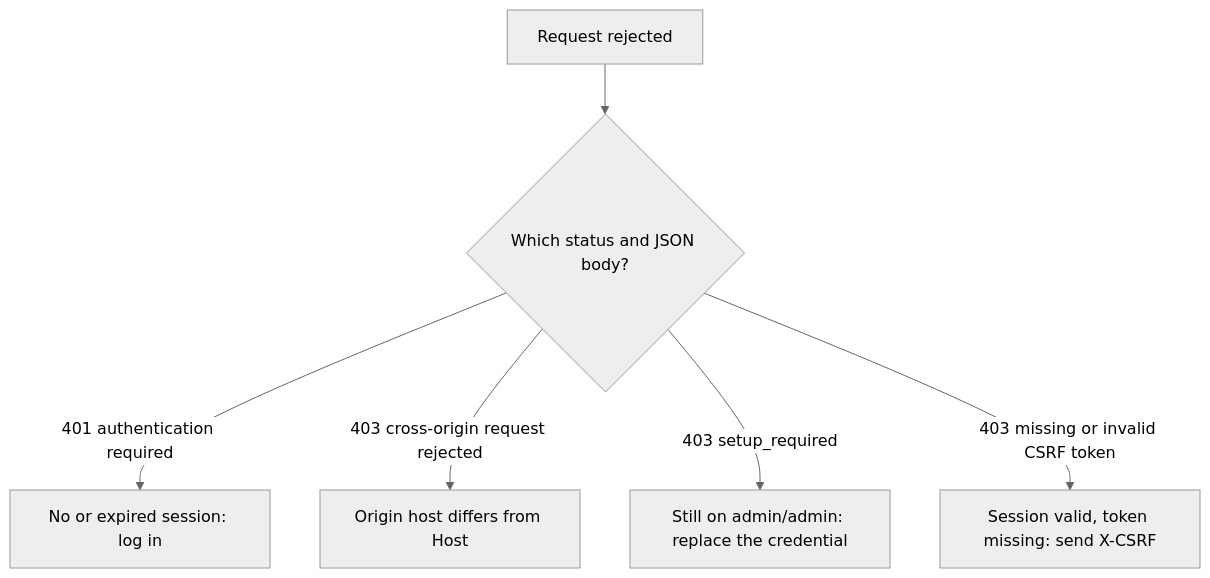
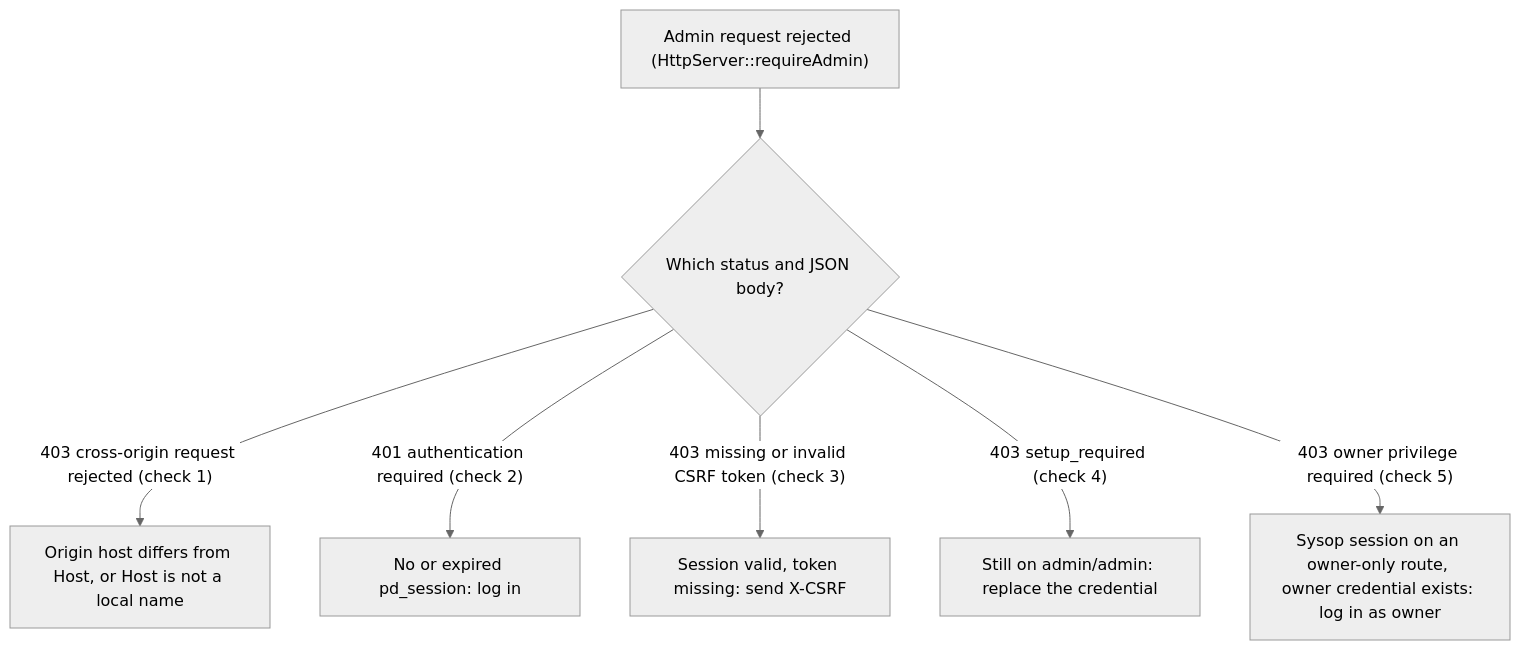
One commit to GlomarGadaffi/pocket-dial changed the second of 2 diagrams in docs/TROUBLESHOOTING.md. Above: the diagram before and after it, drawn with Mermaid (neutral theme). The commit also changed other lines of this file and 29 other files, not shown here.

First line of the commit message:
docs: make the Mermaid diagrams exact against main (#1105)

````diff
--- a/docs/TROUBLESHOOTING.md
+++ b/docs/TROUBLESHOOTING.md
@@ -337,8 +338,9 @@
 ```mermaid
 flowchart TD
-    A["Request rejected"] --> B{"Which status and JSON body?"}
-    B -->|"401 authentication required"| C["No or expired session: log in"]
-    B -->|"403 cross-origin request rejected"| D["Origin host differs from Host"]
-    B -->|"403 setup_required"| E["Still on admin/admin: replace the credential"]
-    B -->|"403 missing or invalid CSRF token"| F["Session valid, token missing: send X-CSRF"]
+    A["Admin request rejected (HttpServer::requireAdmin)"] --> B{"Which status and JSON body?"}
+    B -->|"403 cross-origin request rejected (check 1)"| D["Origin host differs from Host, or Host is not a local name"]
+    B -->|"401 authentication required (check 2)"| C["No or expired pd_session: log in"]
+    B -->|"403 missing or invalid CSRF token (check 3)"| F["Session valid, token missing: send X-CSRF"]
+    B -->|"403 setup_required (check 4)"| E["Still on admin/admin: replace the credential"]
+    B -->|"403 owner privilege required (check 5)"| G["Sysop session on an owner-only route, owner credential exists: log in as owner"]
 ```
````
